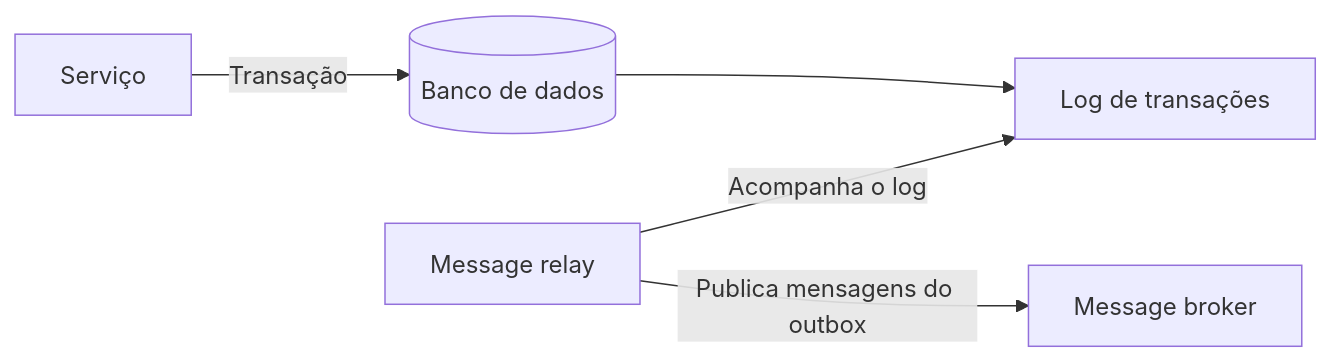
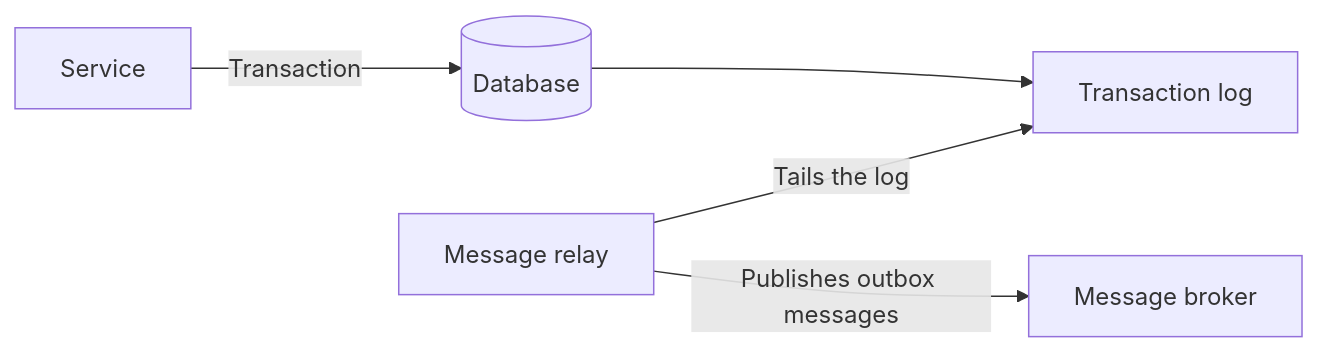
One commit to alancesar/design-patterns changed the diagram in docs/architecture/microservices/transactional-messaging/transaction-log-tailing.md. Above: the diagram before and after it, drawn with Mermaid. The commit also changed 258 other files, not shown here.

First line of the commit message:
Translate Mermaid diagrams to English

````diff
--- a/docs/architecture/microservices/transactional-messaging/transaction-log-tailing.md
+++ b/docs/architecture/microservices/transactional-messaging/transaction-log-tailing.md
@@ -52,7 +52,7 @@
 ```mermaid
 flowchart LR
-    S["Serviço"] -->|"Transação"| DB[("Banco de dados")]
-    DB --> L["Log de transações"]
-    R["Message relay"] -->|"Acompanha o log"| L
-    R -->|"Publica mensagens do outbox"| B["Message broker"]
+    S["Service"] -->|"Transaction"| DB[("Database")]
+    DB --> L["Transaction log"]
+    R["Message relay"] -->|"Tails the log"| L
+    R -->|"Publishes outbox messages"| B["Message broker"]
 ```
````
